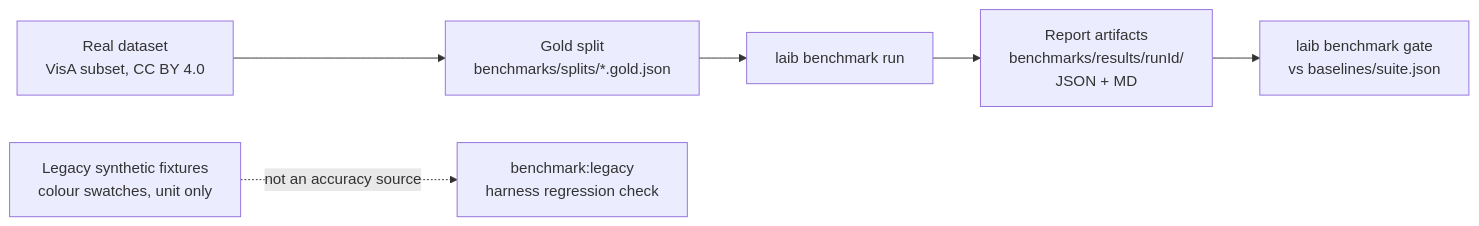
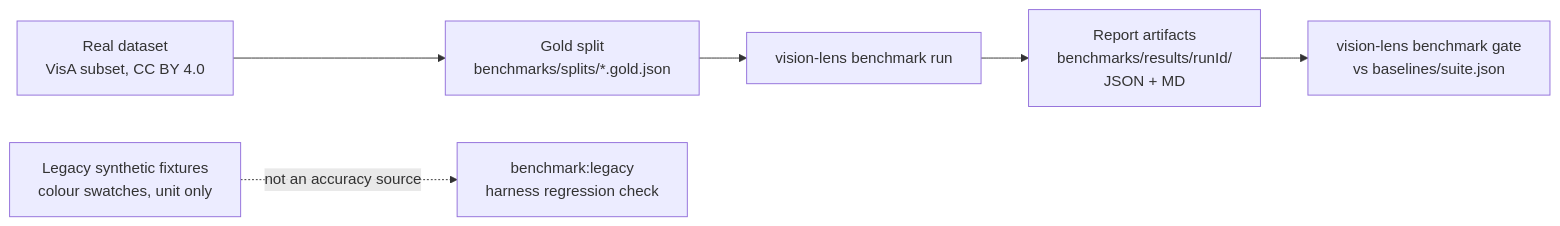
Before and after one commit to erikunha/LAIbemage: the diagram in .github/skills/interpret-benchmark/SKILL.md, drawn with Mermaid. The commit also changed other lines of this file and 55 other files, not shown here.

First line of the commit message:
ci(agents): rename the workflows and agent config to vision-lens

````diff
--- a/.github/skills/interpret-benchmark/SKILL.md
+++ b/.github/skills/interpret-benchmark/SKILL.md
@@ -20,8 +20,8 @@
 ```mermaid
 flowchart LR
   A[Real dataset<br/>VisA subset, CC BY 4.0] --> B[Gold split<br/>benchmarks/splits/*.gold.json]
-  B --> C["laib benchmark run"]
+  B --> C["vision-lens benchmark run"]
   C --> D[Report artifacts<br/>benchmarks/results/runId/<br/>JSON + MD]
-  D --> E["laib benchmark gate<br/>vs baselines/suite.json"]
+  D --> E["vision-lens benchmark gate<br/>vs baselines/suite.json"]
   F[Legacy synthetic fixtures<br/>colour swatches, unit only] -. not an accuracy source .-> G["benchmark:legacy<br/>harness regression check"]
 ```
````
